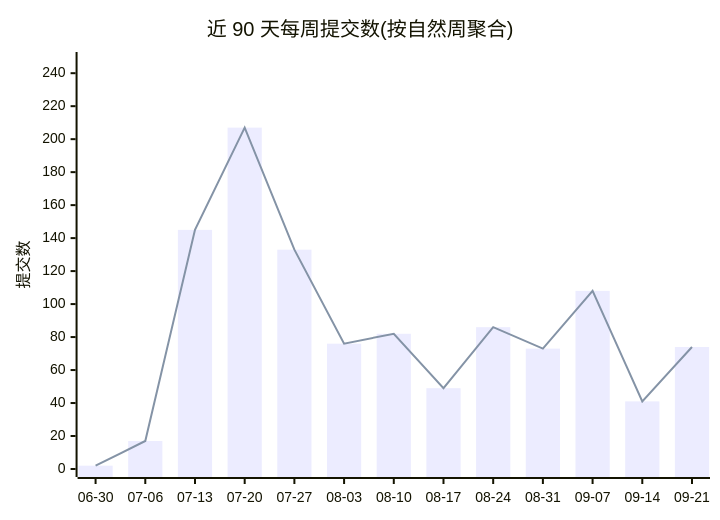
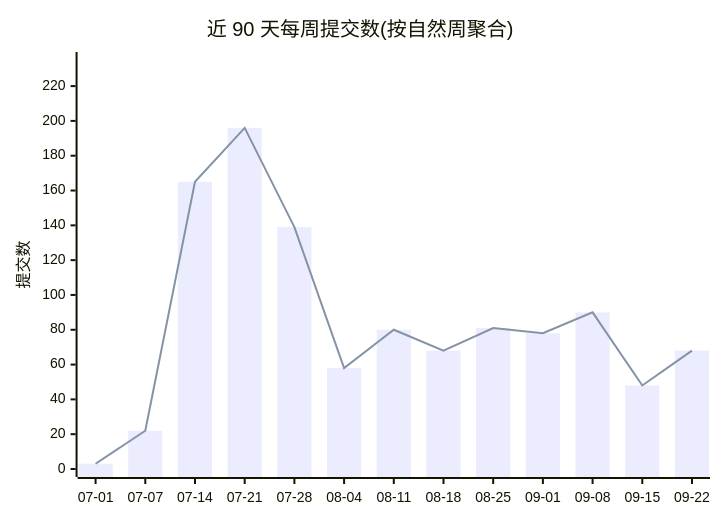
Before and after one commit to Conflux-Union/.github: the first of 2 diagrams in profile/README.md, drawn with Mermaid. The commit also changed other lines of this file and 1 other file, not shown here.

````diff
--- a/profile/README.md
+++ b/profile/README.md
@@ -44,8 +44,8 @@
 ```mermaid
 xychart-beta
     title "近 90 天每周提交数(按自然周聚合)"
-    x-axis ["06-30", "07-06", "07-13", "07-20", "07-27", "08-03", "08-10", "08-17", "08-24", "08-31", "09-07", "09-14", "09-21"]
-    y-axis "提交数" 0 --> 248
-    bar [2, 17, 145, 207, 133, 76, 82, 49, 86, 73, 108, 41, 74]
-    line [2, 17, 145, 207, 133, 76, 82, 49, 86, 73, 108, 41, 74]
+    x-axis ["07-01", "07-07", "07-14", "07-21", "07-28", "08-04", "08-11", "08-18", "08-25", "09-01", "09-08", "09-15", "09-22"]
+    y-axis "提交数" 0 --> 235
+    bar [3, 22, 165, 196, 139, 58, 80, 68, 81, 78, 90, 48, 68]
+    line [3, 22, 165, 196, 139, 58, 80, 68, 81, 78, 90, 48, 68]
 ```
````
